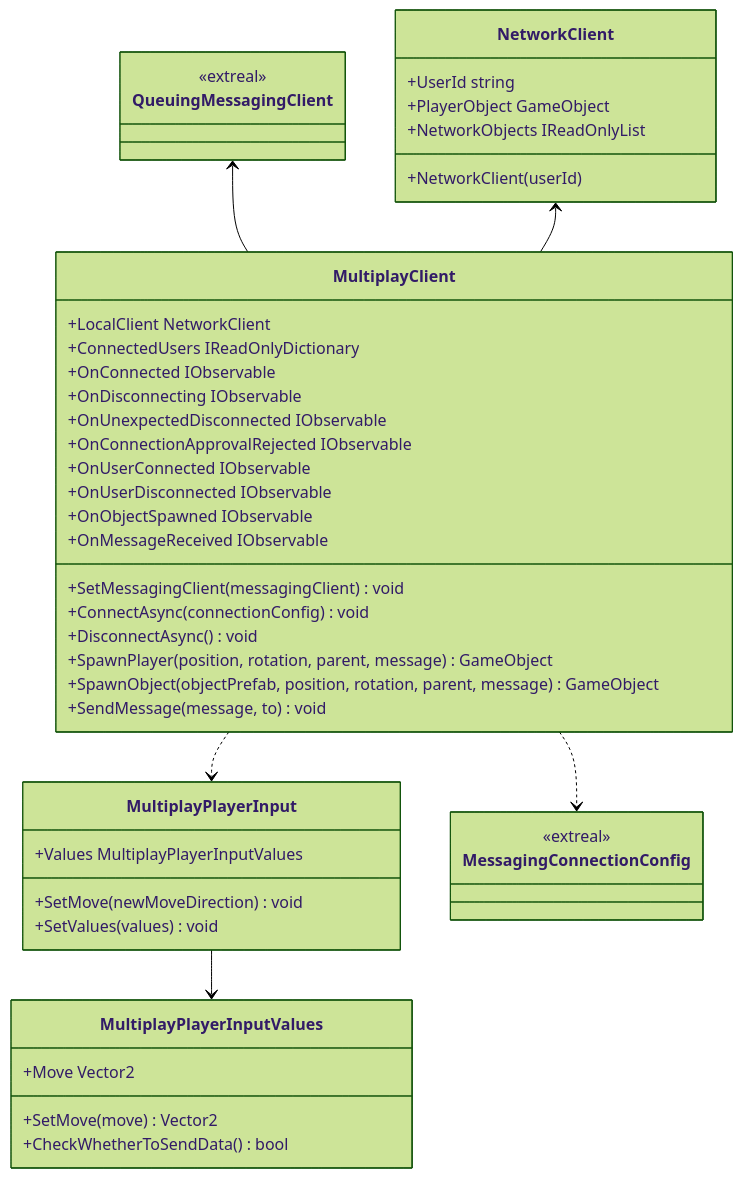
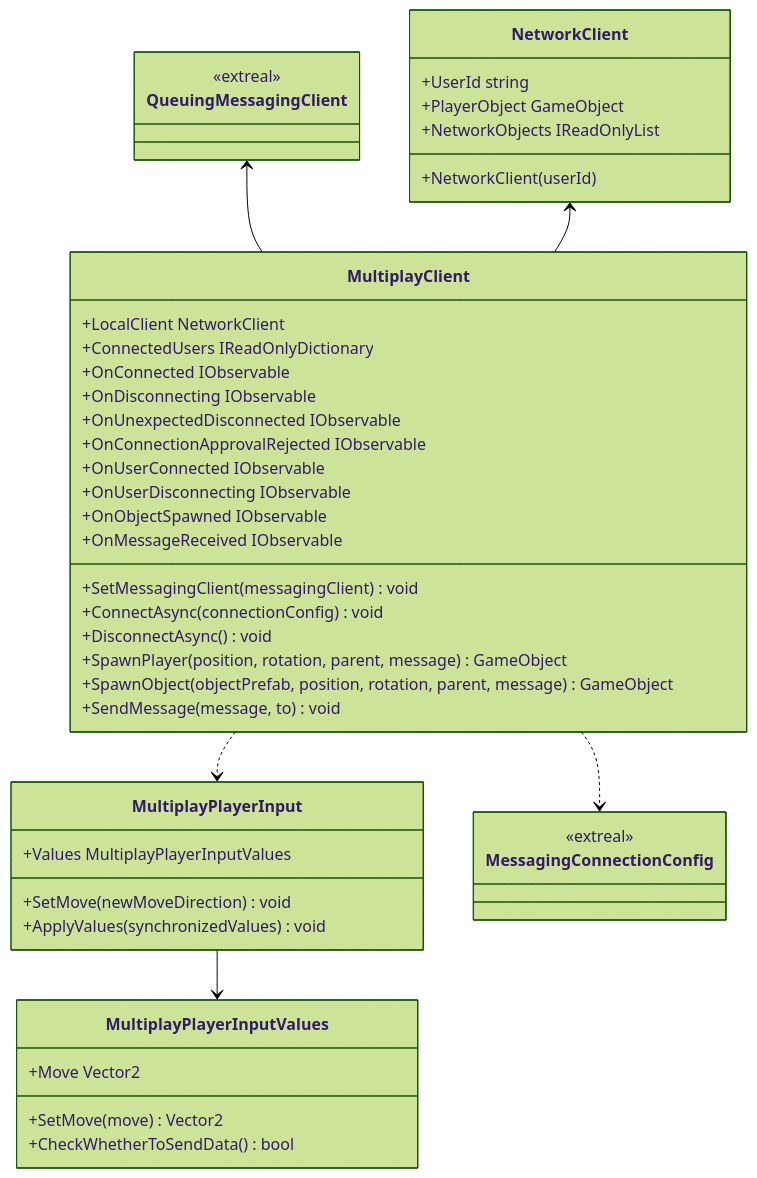
One commit to extreal-dev/Extreal.Guide changed the diagram in docs/integration/multiplay.common.md. Above: the diagram before and after it, drawn with Mermaid (forest theme). The commit also changed other lines of this file and 1 other file, not shown here.

Commit message:
Modify architecture of modules

````diff
--- a/docs/integration/multiplay.common.md
+++ b/docs/integration/multiplay.common.md
@@ -29,58 +31,58 @@
 ```mermaid
 classDiagram
     MultiplayClient ..> MultiplayPlayerInput
     MultiplayClient ..> MessagingConnectionConfig
 
     QueuingMessagingClient <-- MultiplayClient
     NetworkClient <-- MultiplayClient
 
     MultiplayPlayerInput --> MultiplayPlayerInputValues
 
     class MultiplayClient {
         +LocalClient NetworkClient
         +ConnectedUsers IReadOnlyDictionary
 
         +OnConnected IObservable
         +OnDisconnecting IObservable
         +OnUnexpectedDisconnected IObservable
         +OnConnectionApprovalRejected IObservable
         +OnUserConnected IObservable
-        +OnUserDisconnected IObservable
+        +OnUserDisconnecting IObservable
         +OnObjectSpawned IObservable
         +OnMessageReceived IObservable
 
         +SetMessagingClient(messagingClient) void
         +ConnectAsync(connectionConfig) void
         +DisconnectAsync() void
         +SpawnPlayer(position, rotation, parent, message) GameObject
         +SpawnObject(objectPrefab, position, rotation, parent, message) GameObject
         +SendMessage(message, to) void
     }
 
     class NetworkClient {
         +UserId string
         +PlayerObject GameObject
         +NetworkObjects IReadOnlyList
         +NetworkClient(userId)
     }
 
     class QueuingMessagingClient {
         <<extreal>>
     }
 
     class MultiplayPlayerInput {
         +Values MultiplayPlayerInputValues
         +SetMove(newMoveDirection) void
-        +SetValues(values) void
+        +ApplyValues(synchronizedValues) void
     }
 
     class MultiplayPlayerInputValues {
         +Move Vector2
         +SetMove(move) Vector2
         +CheckWhetherToSendData() bool
     }
 
     class MessagingConnectionConfig {
         <<extreal>>
     }
 ```
````
